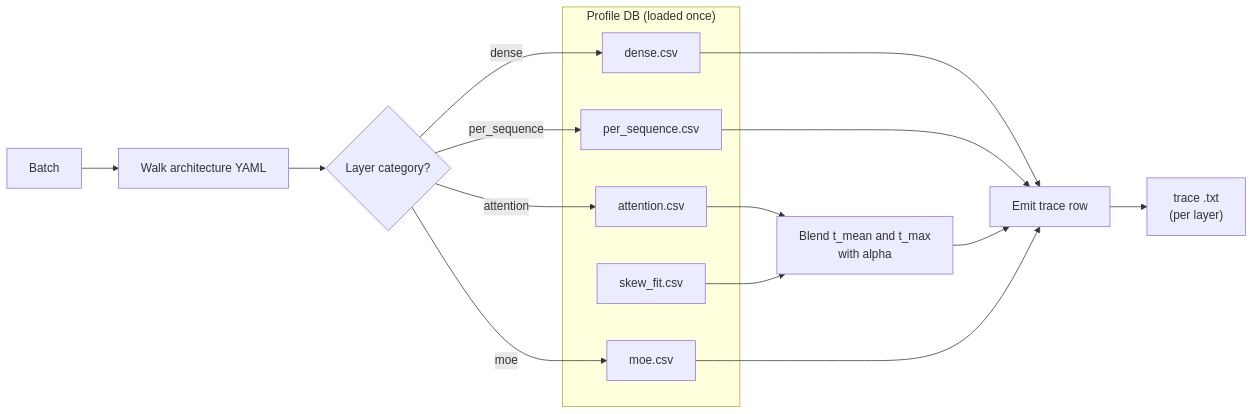
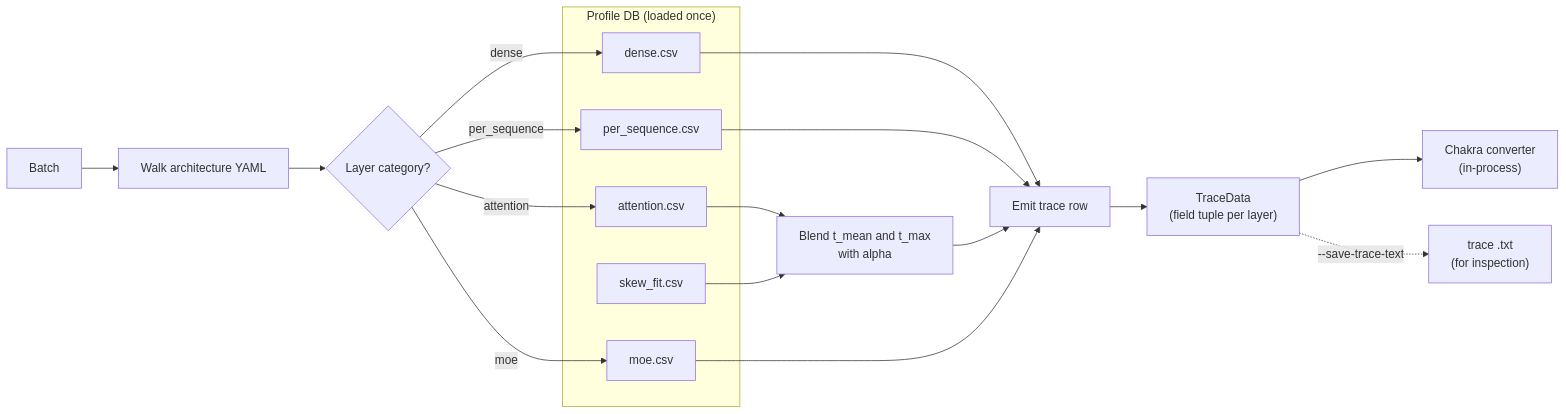
One commit to casys-kaist/LLMServingSim changed the diagram in docs/docs/simulator/trace-generation.md. Above: the diagram before and after it, drawn with Mermaid. The commit also changed 4 other files, not shown here.

First line of the commit message:
Finish the doc sweep: data flow, protocol, and the flag split

````diff
--- a/docs/docs/simulator/trace-generation.md
+++ b/docs/docs/simulator/trace-generation.md
@@ -22,23 +22,25 @@
 ```mermaid
 flowchart LR
     subgraph PROF["Profile DB (loaded once)"]
         DENSE[dense.csv]
         PERSEQ[per_sequence.csv]
         ATTN[attention.csv]
         MOE[moe.csv]
         SKEW[skew_fit.csv]
     end
     BATCH[Batch] --> WALK[Walk architecture YAML]
     WALK --> DISPATCH{Layer category?}
     DISPATCH -->|dense| DENSE
     DISPATCH -->|per_sequence| PERSEQ
     DISPATCH -->|attention| ATTN
     DISPATCH -->|moe| MOE
     ATTN --> SKEWBLEND["Blend t_mean and t_max<br/>with alpha"]
     SKEW --> SKEWBLEND
     DENSE --> EMIT[Emit trace row]
     PERSEQ --> EMIT
     SKEWBLEND --> EMIT
     MOE --> EMIT
-    EMIT --> TRACEFILE["trace .txt<br/>(per layer)"]
+    EMIT --> ROWS["TraceData<br/>(field tuple per layer)"]
+    ROWS --> GRAPH["Chakra converter<br/>(in-process)"]
+    ROWS -.->|--save-trace-text| TRACEFILE["trace .txt<br/>(for inspection)"]
 ```
````
